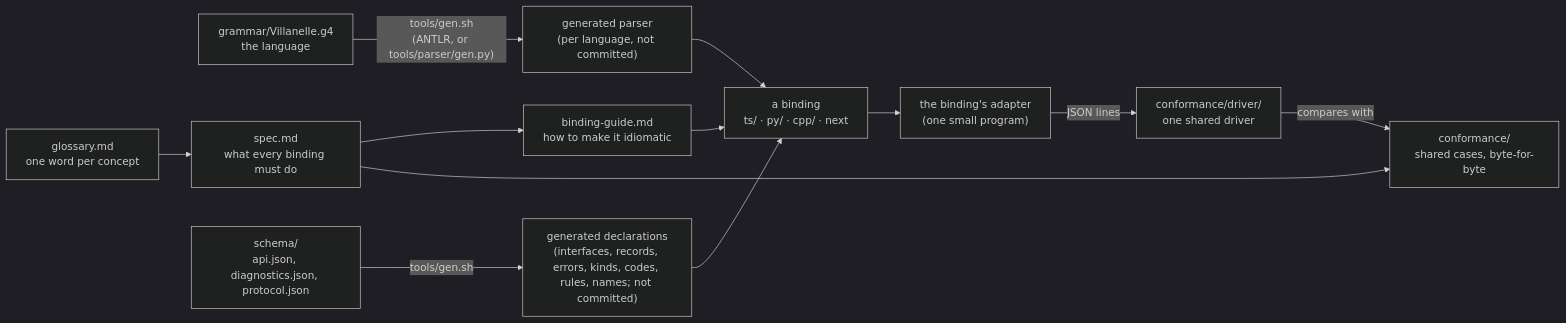
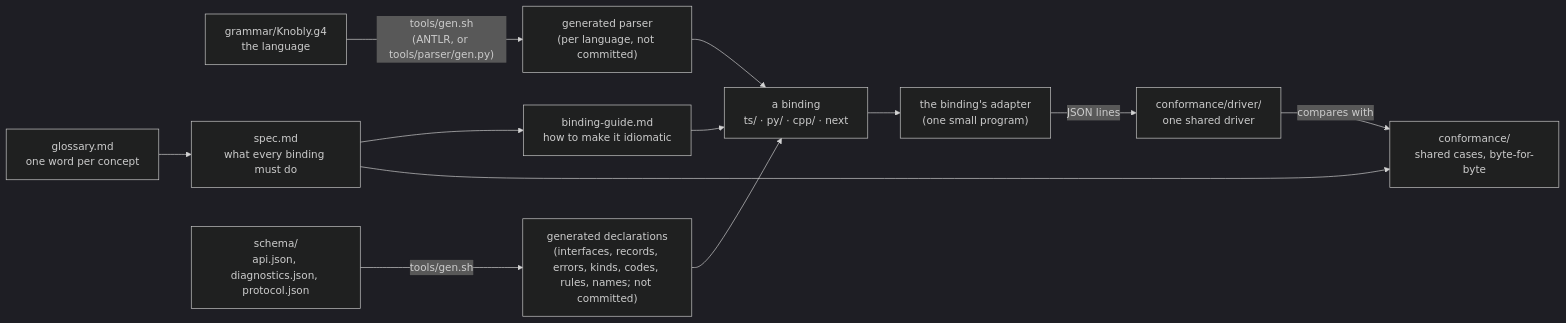
The diagram in spec/README.md (mcurcio/knobly), drawn with Mermaid (dark theme) before and after one commit. The commit also changed other lines of this file and 352 other files, not shown here.

First line of the commit message:
refactor!: rename villanelle to knobly in code and docs

````diff
--- a/spec/README.md
+++ b/spec/README.md
@@ -26,14 +26,14 @@
 ```mermaid
 flowchart LR
-  G["grammar/Villanelle.g4<br/>the language"] -->|"tools/gen.sh<br/>(ANTLR, or tools/parser/gen.py)"| P["generated parser<br/>(per language, not committed)"]
+  G["grammar/Knobly.g4<br/>the language"] -->|"tools/gen.sh<br/>(ANTLR, or tools/parser/gen.py)"| P["generated parser<br/>(per language, not committed)"]
   S["spec.md<br/>what every binding must do"] --> DG["binding-guide.md<br/>how to make it idiomatic"]
   W["glossary.md<br/>one word per concept"] --> S
   SC["schema/<br/>api.json, diagnostics.json, protocol.json"] -->|tools/gen.sh| GL["generated declarations<br/>(interfaces, records, errors, kinds, codes, rules, names; not committed)"]
   S --> C["conformance/<br/>shared cases, byte-for-byte"]
   P --> B["a binding<br/>ts/ · py/ · cpp/ · next"]
   GL --> B
   DG --> B
   B --> A["the binding's adapter<br/>(one small program)"]
   A -->|"JSON lines"| D["conformance/driver/<br/>one shared driver"]
   D -->|"compares with"| C
 ```
````
